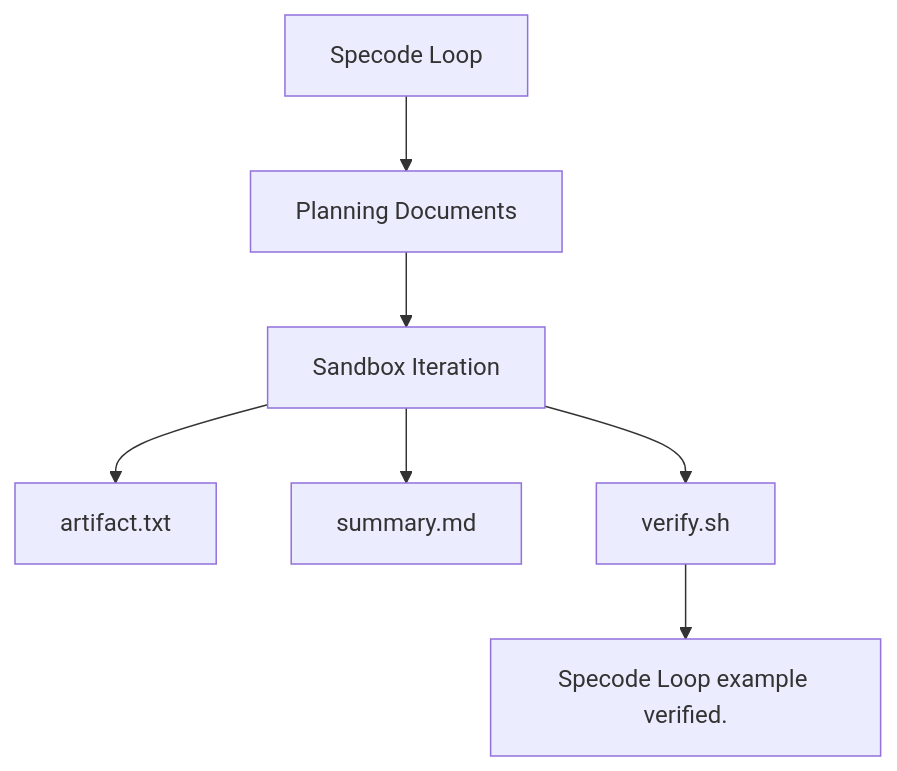
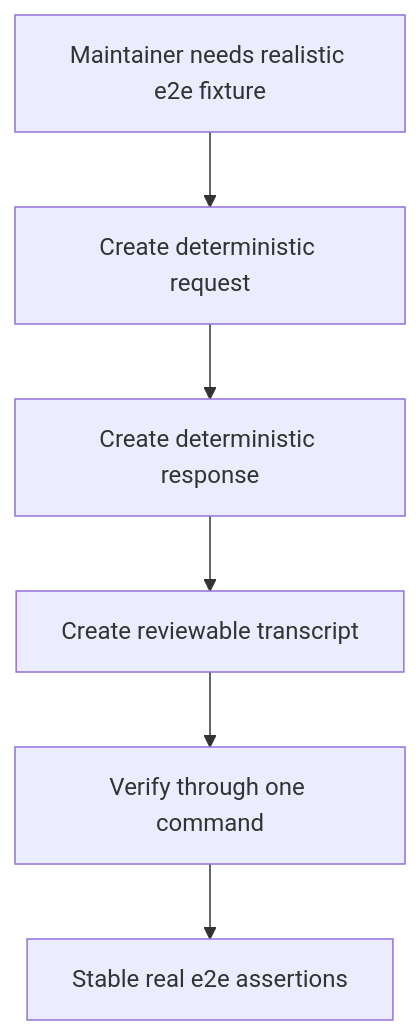
Before and after one commit to ivand200/specode_loop: the first of 2 diagrams in examples/basic/prd.md, drawn with Mermaid. The commit also changed other lines of this file and 4 other files, not shown here.

````diff
--- a/examples/basic/prd.md
+++ b/examples/basic/prd.md
@@ -56,9 +73,8 @@
 ```mermaid
 flowchart TD
-    Loop[Specode Loop] --> Docs[Planning Documents]
-    Docs --> Iteration[Sandbox Iteration]
-    Iteration --> Artifact[artifact.txt]
-    Iteration --> Summary[summary.md]
-    Iteration --> Verify[verify.sh]
-    Verify --> Result[Specode Loop example verified.]
+  Maintainer[Maintainer needs realistic e2e fixture] --> Request[Create deterministic request]
+  Request --> Response[Create deterministic response]
+  Response --> Transcript[Create reviewable transcript]
+  Transcript --> Verify[Verify through one command]
+  Verify --> Result[Stable real e2e assertions]
 ```
````
